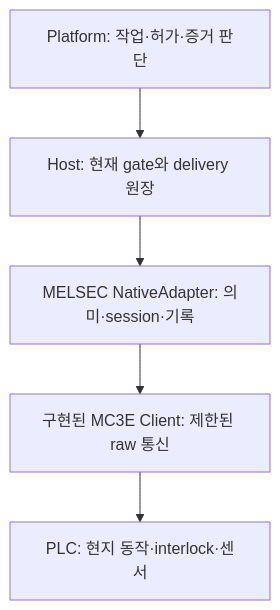
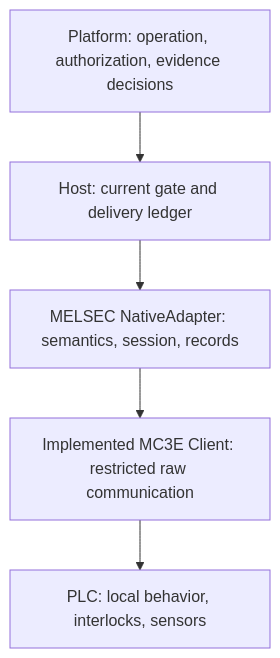
Before and after one commit to jack0682/rx-solutions: the diagram in drivers/rx-melsec-mc/HOST_ADAPTER_PLAN.md, drawn with Mermaid. The commit also changed other lines of this file and 131 other files, not shown here.

````diff
--- a/drivers/rx-melsec-mc/HOST_ADAPTER_PLAN.md
+++ b/drivers/rx-melsec-mc/HOST_ADAPTER_PLAN.md
@@ -7,7 +7,7 @@
 ```mermaid
 flowchart TD
-    P[Platform: 작업·허가·증거 판단] --> H[Host: 현재 gate와 delivery 원장]
-    H --> A[MELSEC NativeAdapter: 의미·session·기록]
-    A --> T[구현된 MC3E Client: 제한된 raw 통신]
-    T --> PLC[PLC: 현지 동작·interlock·센서]
+    P[Platform: operation, authorization, evidence decisions] --> H[Host: current gate and delivery ledger]
+    H --> A[MELSEC NativeAdapter: semantics, session, records]
+    A --> T[Implemented MC3E Client: restricted raw communication]
+    T --> PLC[PLC: local behavior, interlocks, sensors]
 ```
````
